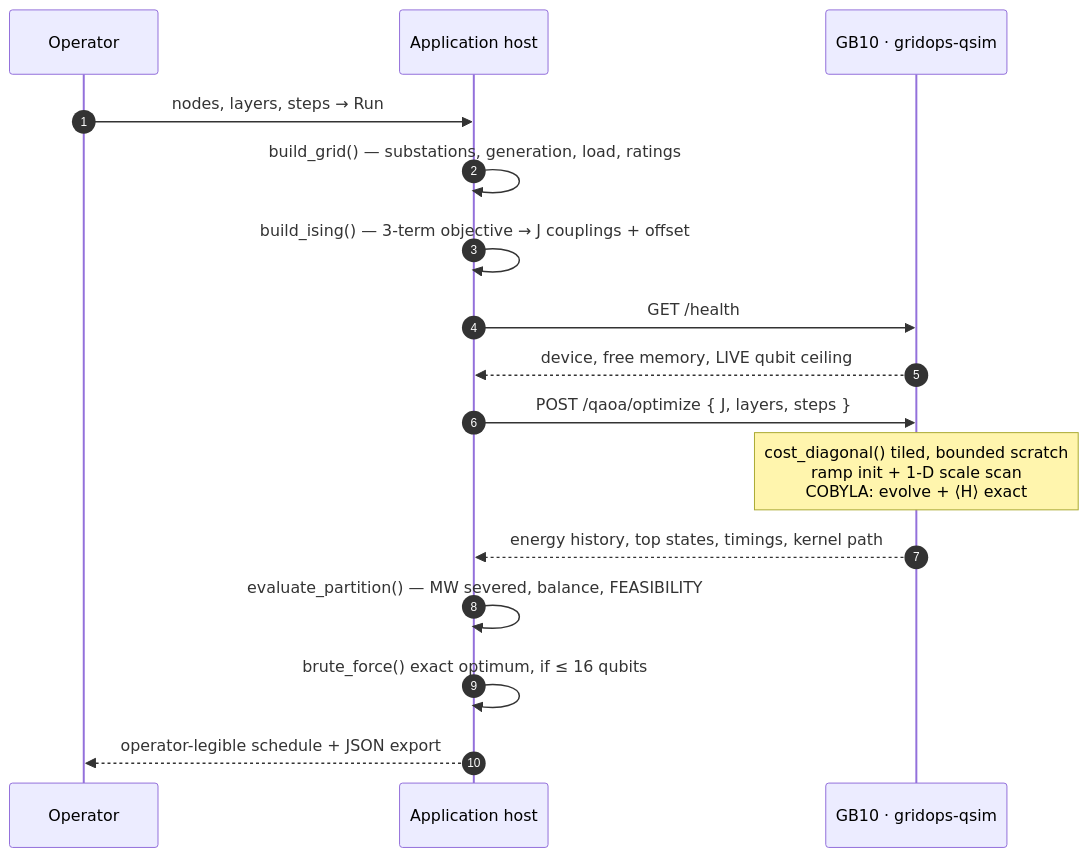
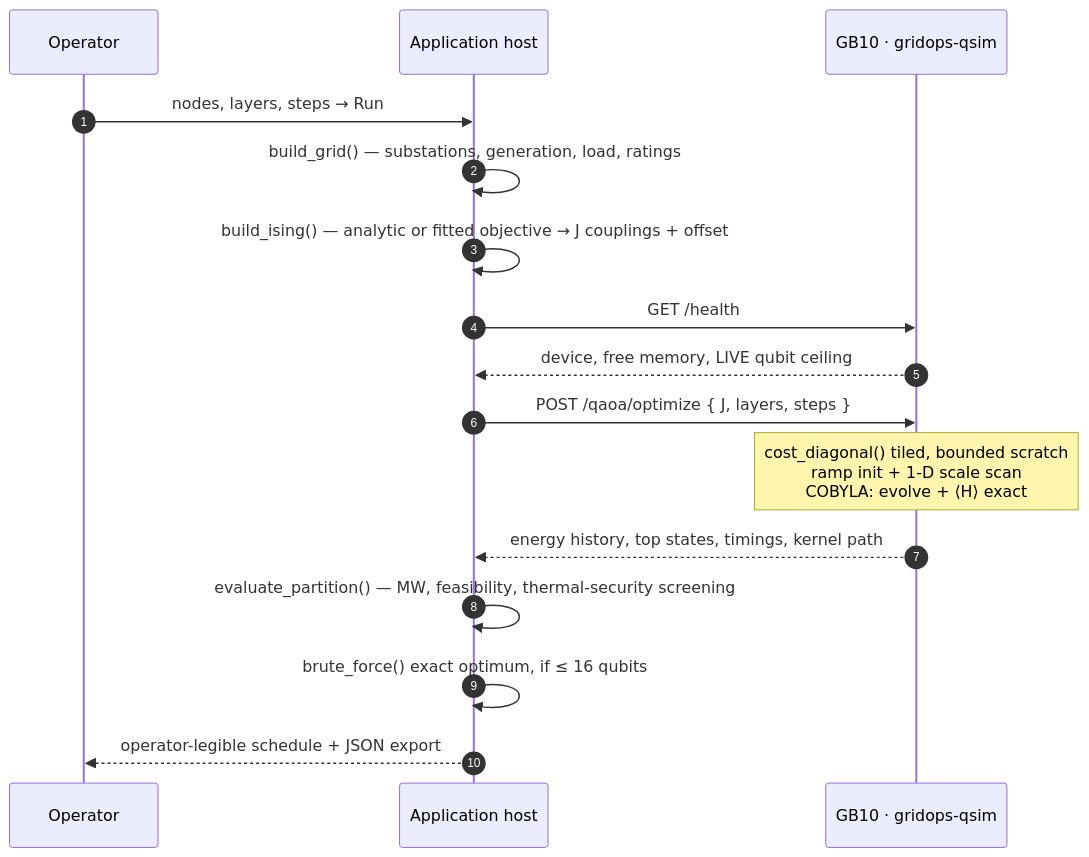
Before and after one commit to kenrollins/qaoa-grid-ops: the second of 2 diagrams in site_src/architecture.md, drawn with Mermaid. The commit also changed other lines of this file and 8 other files, not shown here.

Commit message:
Update public demo and NVIDIA architecture story

````diff
--- a/site_src/architecture.md
+++ b/site_src/architecture.md
@@ -129,18 +153,18 @@
 ```mermaid
 sequenceDiagram
     autonumber
     participant O as Operator
     participant H as Application host
     participant G as GB10 · gridops-qsim
     O->>H: nodes, layers, steps → Run
     H->>H: build_grid() — substations, generation, load, ratings
-    H->>H: build_ising() — 3-term objective → J couplings + offset
+    H->>H: build_ising() — analytic or fitted objective → J couplings + offset
     H->>G: GET /health
     G-->>H: device, free memory, LIVE qubit ceiling
     H->>G: POST /qaoa/optimize { J, layers, steps }
     Note over G: cost_diagonal() tiled, bounded scratch<br/>ramp init + 1-D scale scan<br/>COBYLA: evolve + ⟨H⟩ exact
     G-->>H: energy history, top states, timings, kernel path
-    H->>H: evaluate_partition() — MW severed, balance, FEASIBILITY
+    H->>H: evaluate_partition() — MW, feasibility, thermal-security screening
     H->>H: brute_force() exact optimum, if ≤ 16 qubits
     H-->>O: operator-legible schedule + JSON export
 ```
````
